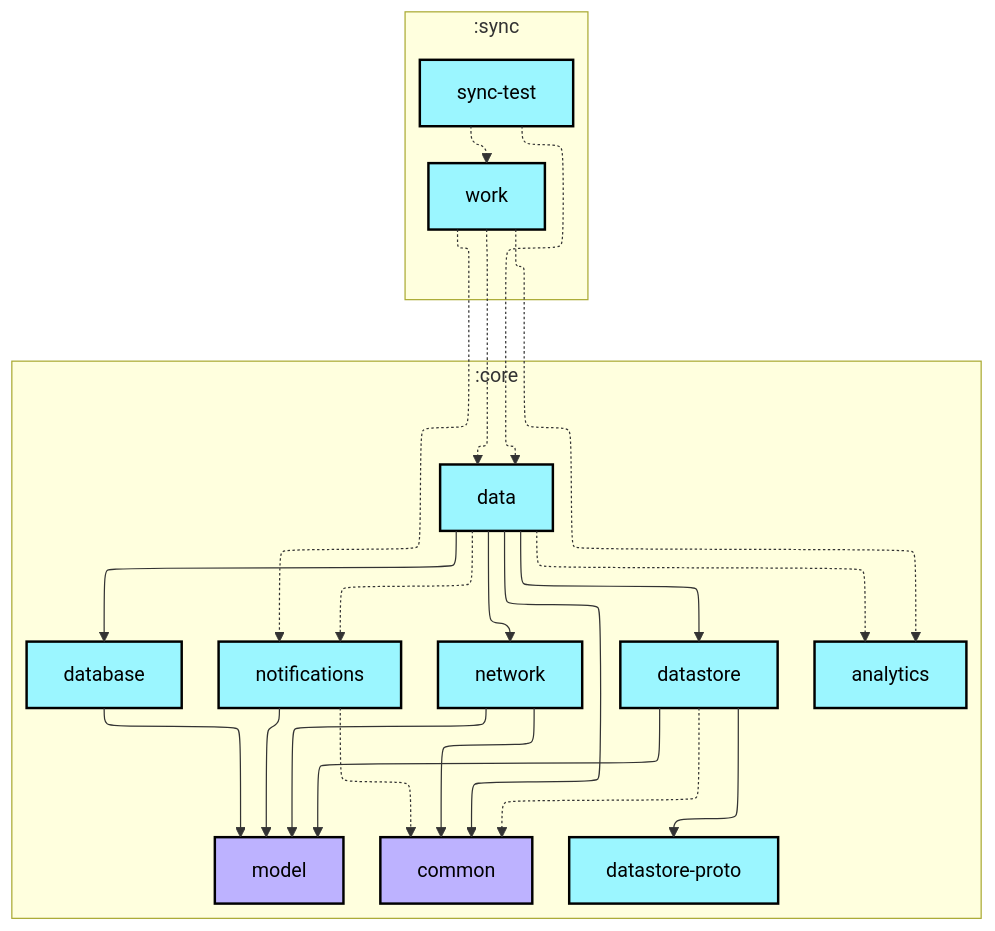
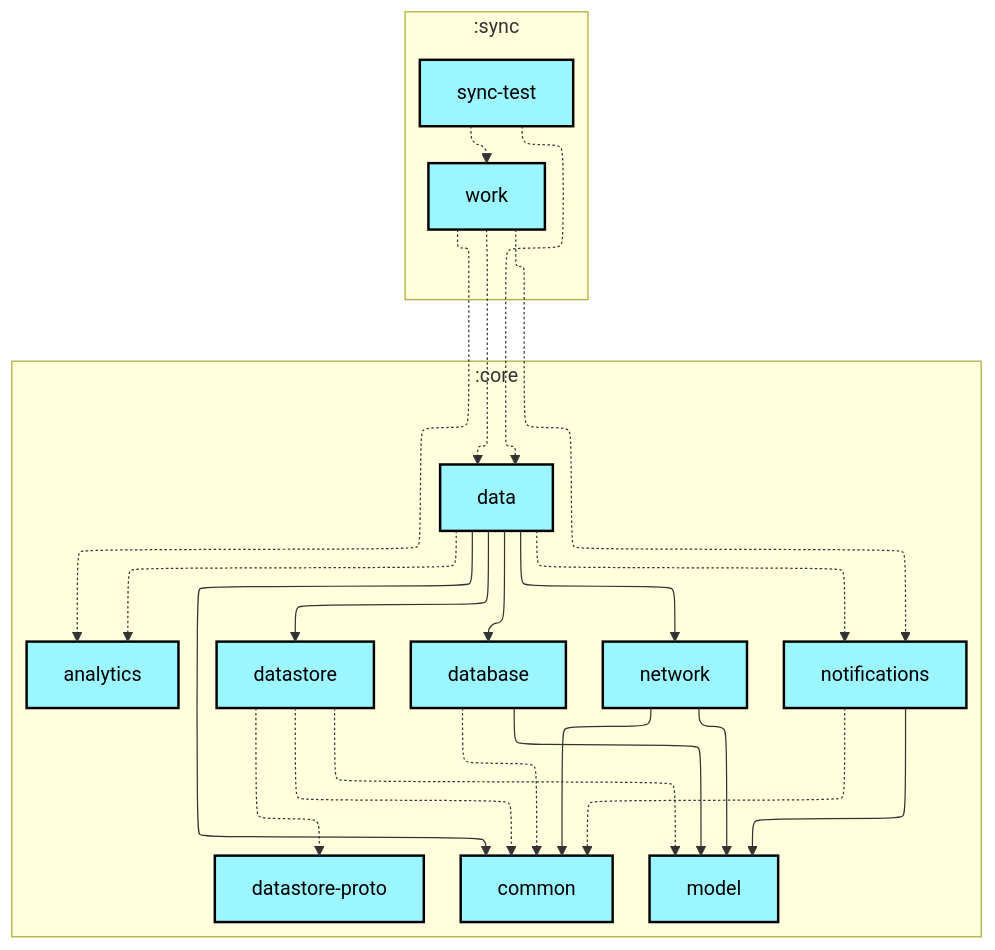
Before and after one commit to lihenggui/nowinkmp: the first of 2 diagrams in sync/sync-test/README.md, drawn with Mermaid. The commit also changed other lines of this file and 29 other files, not shown here.

First line of the commit message:
Fix graphUpdate configuration cache compatibility

````diff
--- a/sync/sync-test/README.md
+++ b/sync/sync-test/README.md
@@ -6,53 +6,54 @@
 ```mermaid
 ---
 config:
   layout: elk
   elk:
     nodePlacementStrategy: SIMPLE
 ---
 graph TB
+  subgraph :sync
+    direction TB
+    :sync:sync-test[sync-test]:::kmp-library
+    :sync:work[work]:::kmp-library
+  end
   subgraph :core
     direction TB
-    :core:analytics[analytics]:::android-library
-    :core:common[common]:::jvm-library
-    :core:data[data]:::android-library
-    :core:database[database]:::android-library
-    :core:datastore[datastore]:::android-library
-    :core:datastore-proto[datastore-proto]:::android-library
-    :core:model[model]:::jvm-library
-    :core:network[network]:::android-library
-    :core:notifications[notifications]:::android-library
-  end
-  subgraph :sync
-    direction TB
-    :sync:sync-test[sync-test]:::android-library
-    :sync:work[work]:::android-library
+    :core:analytics[analytics]:::kmp-library
+    :core:common[common]:::kmp-library
+    :core:data[data]:::kmp-library
+    :core:database[database]:::kmp-library
+    :core:datastore[datastore]:::kmp-library
+    :core:datastore-proto[datastore-proto]:::kmp-library
+    :core:model[model]:::kmp-library
+    :core:network[network]:::kmp-library
+    :core:notifications[notifications]:::kmp-library
   end
 
   :core:data -.-> :core:analytics
   :core:data --> :core:common
   :core:data --> :core:database
   :core:data --> :core:datastore
   :core:data --> :core:network
   :core:data -.-> :core:notifications
+  :core:database -.-> :core:common
   :core:database --> :core:model
   :core:datastore -.-> :core:common
-  :core:datastore --> :core:datastore-proto
-  :core:datastore --> :core:model
+  :core:datastore -.-> :core:datastore-proto
+  :core:datastore -.-> :core:model
   :core:network --> :core:common
   :core:network --> :core:model
   :core:notifications -.-> :core:common
   :core:notifications --> :core:model
   :sync:sync-test -.-> :core:data
   :sync:sync-test -.-> :sync:work
   :sync:work -.-> :core:analytics
   :sync:work -.-> :core:data
   :sync:work -.-> :core:notifications
 
-classDef android-application fill:#CAFFBF,stroke:#000,stroke-width:2px,color:#000;
-classDef android-feature fill:#FFD6A5,stroke:#000,stroke-width:2px,color:#000;
-classDef android-library fill:#9BF6FF,stroke:#000,stroke-width:2px,color:#000;
+classDef cmp-application fill:#CAFFBF,stroke:#000,stroke-width:2px,color:#000;
+classDef cmp-feature fill:#FFD6A5,stroke:#000,stroke-width:2px,color:#000;
+classDef kmp-library fill:#9BF6FF,stroke:#000,stroke-width:2px,color:#000;
+classDef jvm-library fill:#BDB2FF,stroke:#000,stroke-width:2px,color:#000;
 classDef android-test fill:#A0C4FF,stroke:#000,stroke-width:2px,color:#000;
-classDef jvm-library fill:#BDB2FF,stroke:#000,stroke-width:2px,color:#000;
 classDef unknown fill:#FFADAD,stroke:#000,stroke-width:2px,color:#000;
 ```
````
